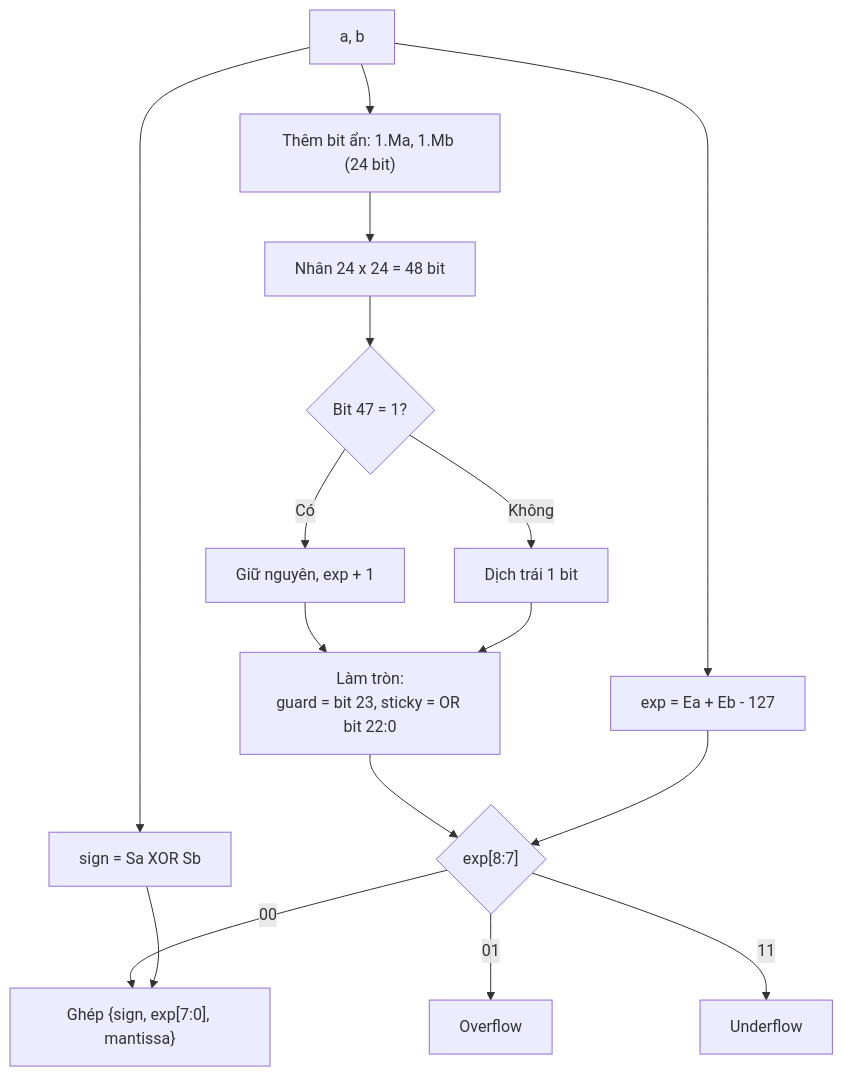
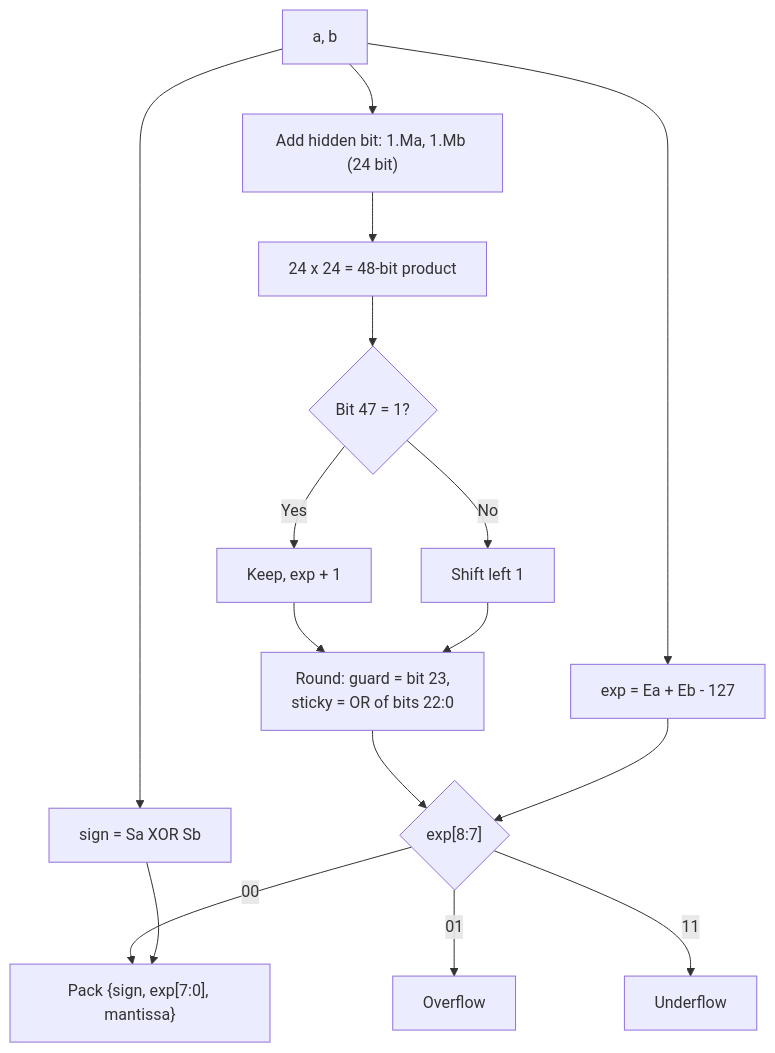
One commit to tdviet2011/ALU-PLOATING-POINT changed the fourth of 6 diagrams in README.md. Above: the diagram before and after it, drawn with Mermaid. The commit also changed other lines of this file and 9 other files, not shown here.

````diff
--- a/README.md
+++ b/README.md
@@ -115,18 +124,18 @@
 ```mermaid
 flowchart TD
     IN["a, b"] --> S["sign = Sa XOR Sb"]
-    IN --> HID["Thêm bit ẩn: 1.Ma, 1.Mb (24 bit)"]
+    IN --> HID["Add hidden bit: 1.Ma, 1.Mb (24 bit)"]
     IN --> EXP["exp = Ea + Eb - 127"]
-    HID --> MULT["Nhân 24 x 24 = 48 bit"]
+    HID --> MULT["24 x 24 = 48-bit product"]
     MULT --> NRM{"Bit 47 = 1?"}
-    NRM -->|Có| N1["Giữ nguyên, exp + 1"]
-    NRM -->|Không| N2["Dịch trái 1 bit"]
-    N1 --> RND["Làm tròn:<br/>guard = bit 23, sticky = OR bit 22:0"]
+    NRM -->|Yes| N1["Keep, exp + 1"]
+    NRM -->|No| N2["Shift left 1"]
+    N1 --> RND["Round: guard = bit 23,<br/>sticky = OR of bits 22:0"]
     N2 --> RND
     RND --> CHK{"exp[8:7]"}
     EXP --> CHK
     CHK -->|"01"| OVF["Overflow"]
     CHK -->|"11"| UNF["Underflow"]
-    CHK -->|"00"| PACK["Ghép {sign, exp[7:0], mantissa}"]
+    CHK -->|"00"| PACK["Pack {sign, exp[7:0], mantissa}"]
     S --> PACK
 ```
````
